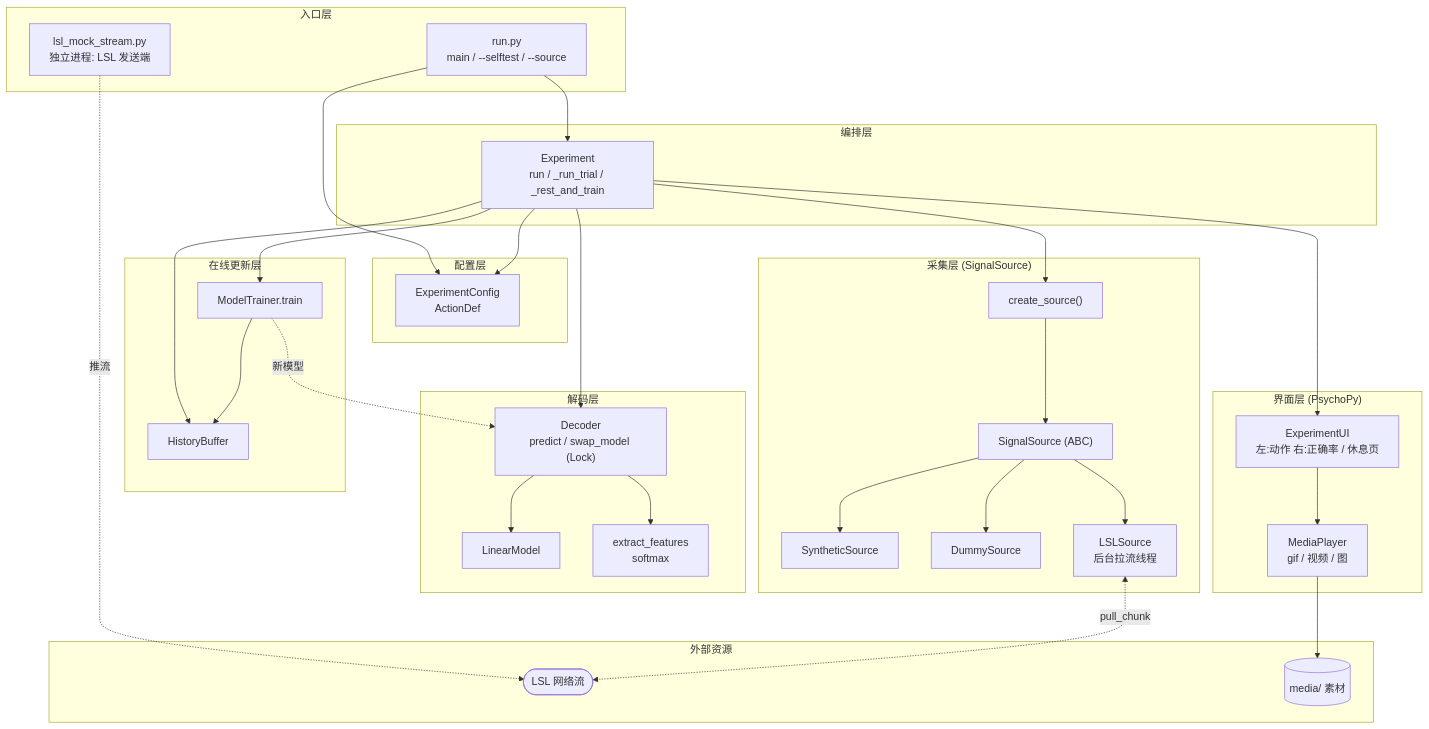
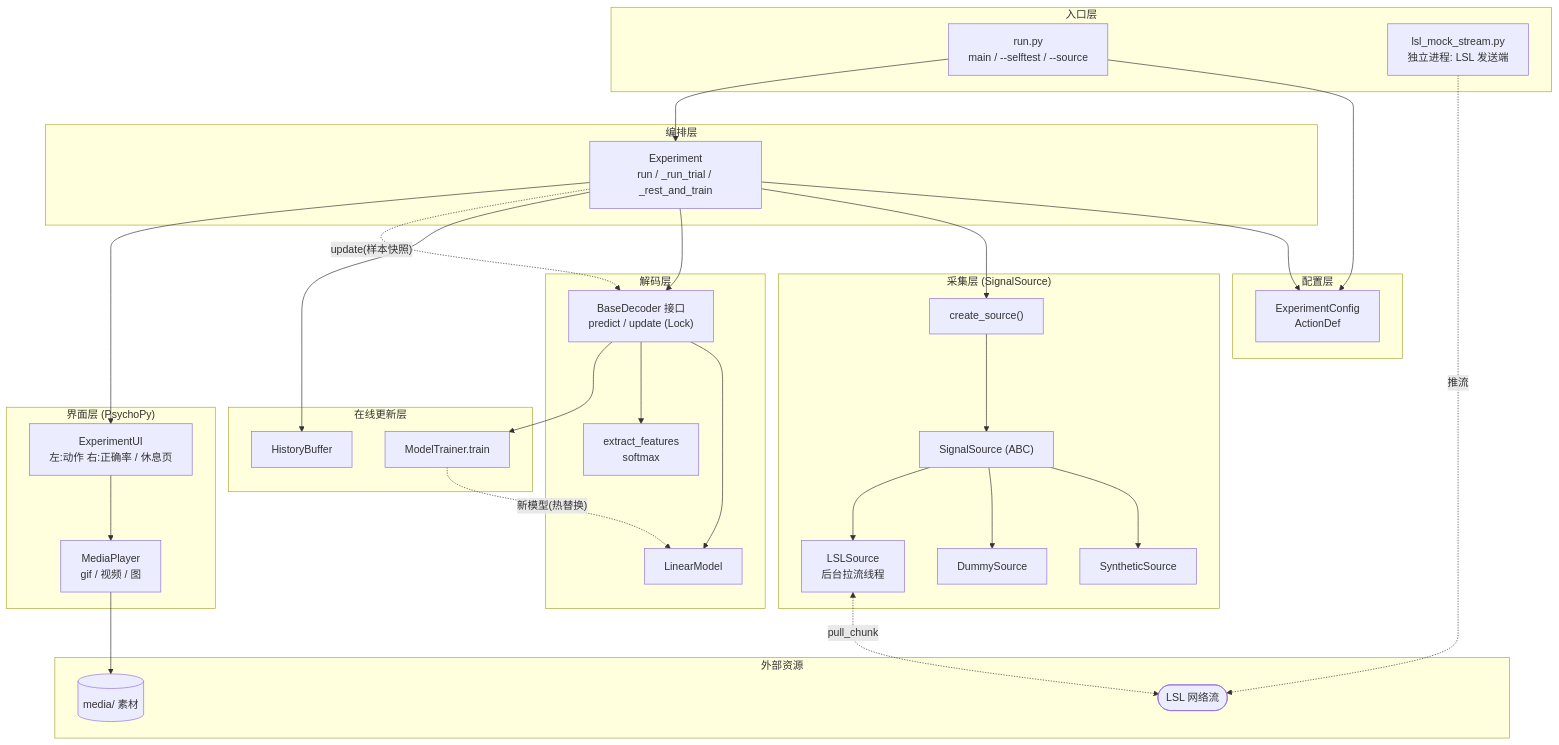
One commit to 781226451/online-ecog-decoding changed the first of 2 diagrams in docs/architecture.md. Above: the diagram before and after it, drawn with Mermaid. The commit also changed other lines of this file and 4 other files, not shown here.

````diff
--- a/docs/architecture.md
+++ b/docs/architecture.md
@@ -23,52 +24,52 @@
 ```mermaid
 flowchart TB
   subgraph CLI["入口层"]
     RUN["run.py<br/>main / --selftest / --source"]
     MOCK["lsl_mock_stream.py<br/>独立进程: LSL 发送端"]
   end
   subgraph CFG["配置层"]
     CONF["ExperimentConfig<br/>ActionDef"]
   end
   subgraph ORC["编排层"]
     EXP["Experiment<br/>run / _run_trial / _rest_and_train"]
   end
   subgraph ACQ["采集层 (SignalSource)"]
     FAC["create_source()"]
     BASE["SignalSource (ABC)"]
     SYN["SyntheticSource"]
     DUM["DummySource"]
     LSL["LSLSource<br/>后台拉流线程"]
   end
   subgraph DEC["解码层"]
-    DECODER["Decoder<br/>predict / swap_model (Lock)"]
+    DECODER["BaseDecoder 接口<br/>predict / update (Lock)"]
     MODEL["LinearModel"]
     FEAT["extract_features<br/>softmax"]
   end
   subgraph UPD["在线更新层"]
     BUF["HistoryBuffer"]
     TRAIN["ModelTrainer.train"]
   end
   subgraph UIL["界面层 (PsychoPy)"]
     UI["ExperimentUI<br/>左:动作 右:正确率 / 休息页"]
     MP["MediaPlayer<br/>gif / 视频 / 图"]
   end
   subgraph EXT["外部资源"]
     STREAM(["LSL 网络流"])
     MEDIA[("media/ 素材")]
   end
 
   RUN --> CONF
   RUN --> EXP
   MOCK -. 推流 .-> STREAM
   EXP --> CONF
   EXP --> FAC --> BASE
   BASE --> SYN & DUM & LSL
   LSL <-. pull_chunk .-> STREAM
   EXP --> DECODER --> MODEL
   DECODER --> FEAT
   EXP --> BUF
-  EXP --> TRAIN
-  TRAIN --> BUF
-  TRAIN -. 新模型 .-> DECODER
+  EXP -. update(样本快照) .-> DECODER
+  DECODER --> TRAIN
+  TRAIN -. 新模型(热替换) .-> MODEL
   EXP --> UI --> MP --> MEDIA
 ```
````
